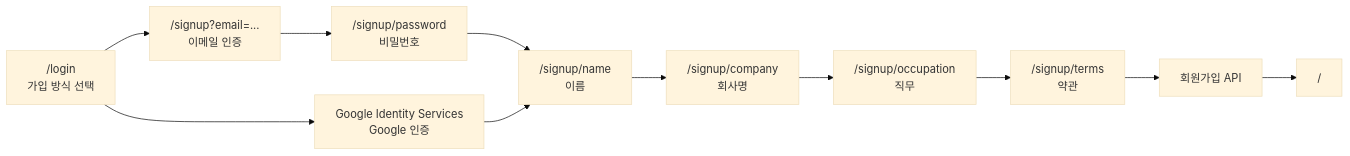
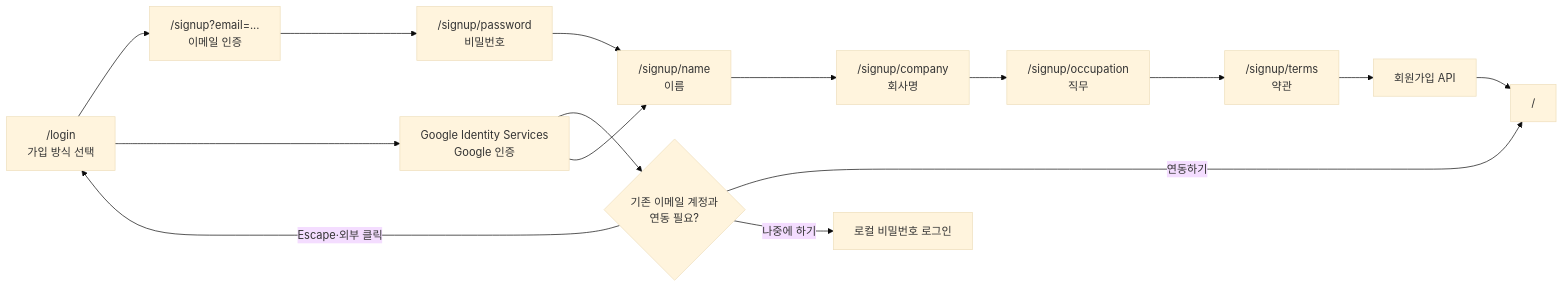
The diagram in docs/signup-flow.md (YAPP-Github/28th-Web-Team-4-FE), drawn with Mermaid (base theme) before and after one commit. The commit also changed other lines of this file, not shown here.

Commit message:
docs: Google 계정 연동 흐름을 기록한다

````diff
--- a/docs/signup-flow.md
+++ b/docs/signup-flow.md
@@ -17,13 +17,17 @@
 ```mermaid
 flowchart LR
   login["/login<br/>가입 방식 선택"] --> verify["/signup?email=...<br/>이메일 인증"]
   login --> google["Google Identity Services<br/>Google 인증"]
+  google --> link{"기존 이메일 계정과<br/>연동 필요?"}
+  link -->|연동하기| home
+  link -->|나중에 하기| localLogin["로컬 비밀번호 로그인"]
+  link -->|Escape·외부 클릭| login
   verify --> password["/signup/password<br/>비밀번호"]
   password --> name["/signup/name<br/>이름"]
   google --> name
   name --> company["/signup/company<br/>회사명"]
   company --> occupation["/signup/occupation<br/>직무"]
   occupation --> terms["/signup/terms<br/>약관"]
   terms --> submit["회원가입 API"]
   submit --> home["/"]
 ```
````
